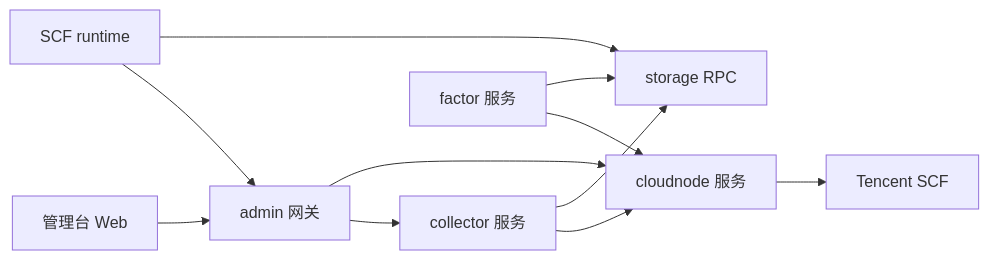
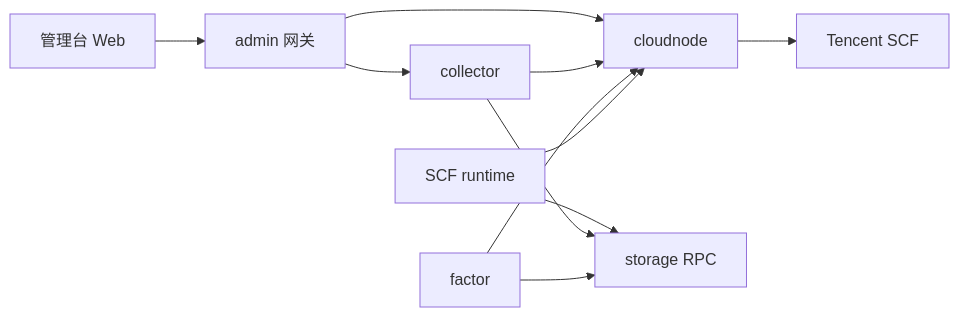
The first of 3 diagrams in docs/云节点执行平台架构.md (mooyang-code/moox), drawn with Mermaid before and after one commit. The commit also changed other lines of this file and 811 other files, not shown here.

First line of the commit message:
refactor: split cloudnode/collector modules and align cloudnode proto

````diff
--- a/docs/云节点执行平台架构.md
+++ b/docs/云节点执行平台架构.md
@@ -30,13 +29,13 @@
 ```mermaid
 flowchart LR
   Web["管理台 Web"] --> Admin["admin 网关"]
-  SCF["SCF runtime"] --> Admin
-  Admin --> Collector["collector 服务"]
-  Admin --> CloudNode["cloudnode 服务"]
+  Admin --> Collector["collector"]
+  Admin --> CloudNode["cloudnode"]
   Collector --> CloudNode
-  Factor["factor 服务"] --> CloudNode
+  Factor["factor"] --> CloudNode
   CloudNode --> TencentSCF["Tencent SCF"]
+  SCF["SCF runtime"] --> CloudNode
   SCF --> Storage["storage RPC"]
   Collector --> Storage
   Factor --> Storage
 ```
````
